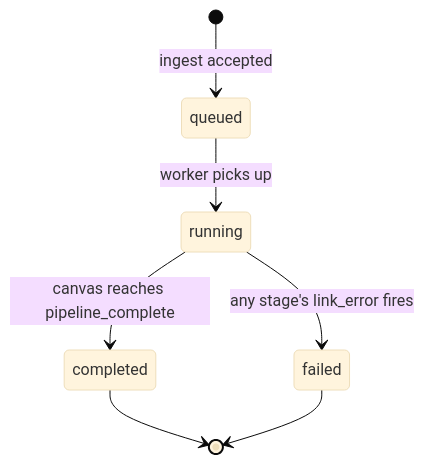
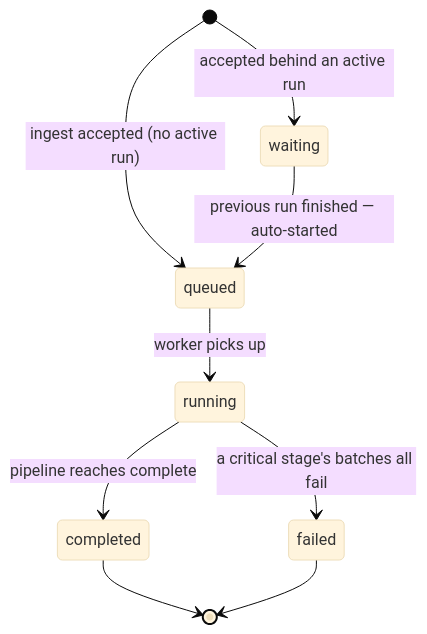
The third of 3 diagrams in mint-docs/flow/00-automated-ingest-pipeline.mdx (Rajman1221/iso-robot), drawn with Mermaid (base theme) before and after one commit. The commit also changed other lines of this file and 11 other files, not shown here.

````diff
--- a/mint-docs/flow/00-automated-ingest-pipeline.mdx
+++ b/mint-docs/flow/00-automated-ingest-pipeline.mdx
@@ -260,9 +280,11 @@
 ```mermaid
 stateDiagram-v2
-    [*] --> queued: ingest accepted
+    [*] --> waiting: accepted behind an active run
+    [*] --> queued: ingest accepted (no active run)
+    waiting --> queued: previous run finished — auto-started
     queued --> running: worker picks up
-    running --> completed: canvas reaches pipeline_complete
-    running --> failed: any stage's link_error fires
+    running --> completed: pipeline reaches complete
+    running --> failed: a critical stage's batches all fail
     completed --> [*]
     failed --> [*]
 ```
````
